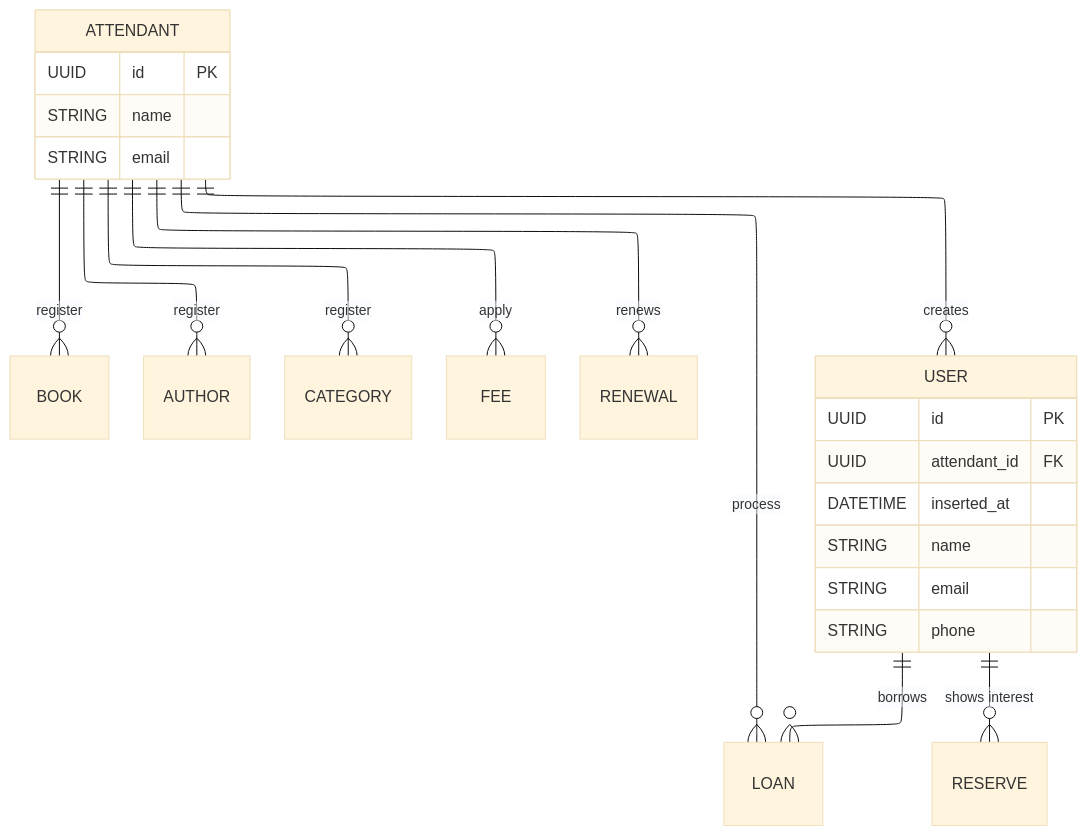
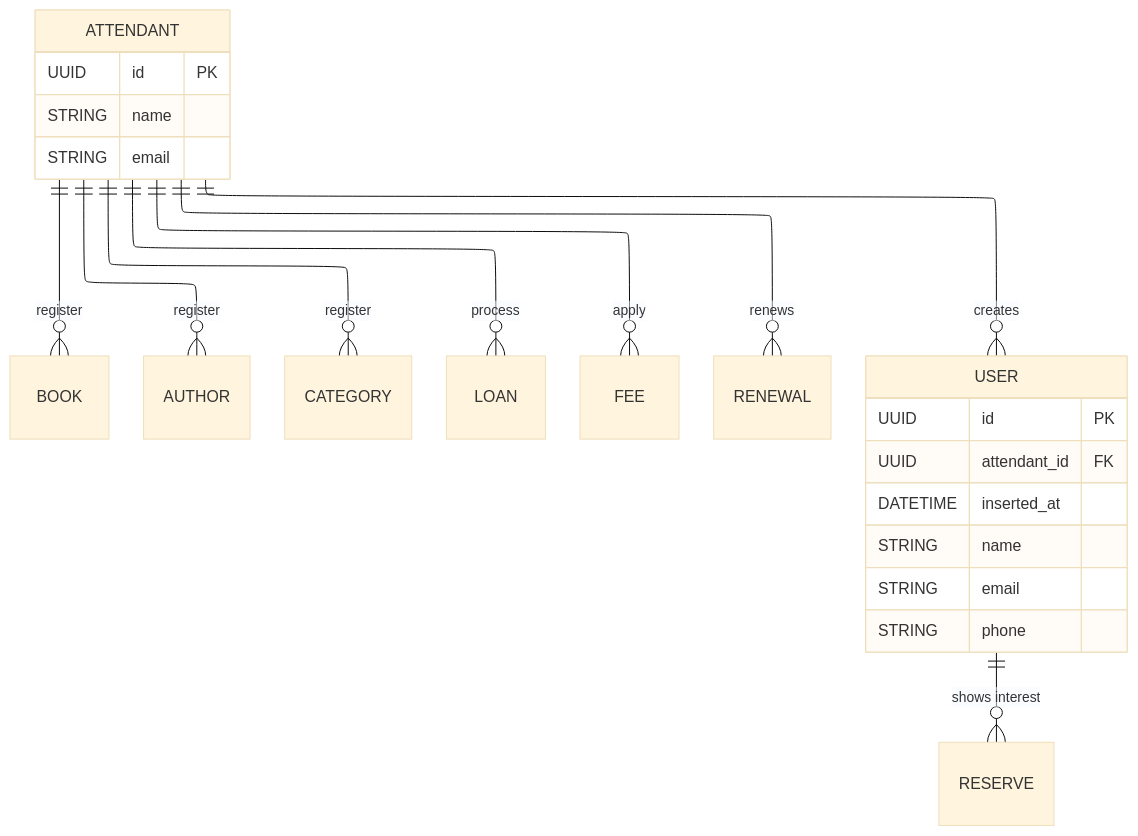
One commit to ali1ariel/alashandria changed the third of 3 diagrams in docs/architecture.md. Above: the diagram before and after it, drawn with Mermaid (base theme).

Commit message:
Update architecture.md
remove borrow permission from user

````diff
--- a/docs/architecture.md
+++ b/docs/architecture.md
@@ -115,32 +115,31 @@
 ```mermaid
 ---
 config:
   layout: elk
 ---
 erDiagram
     ATTENDANT ||--o{ BOOK : register
     ATTENDANT ||--o{ AUTHOR : register
     ATTENDANT ||--o{ CATEGORY : register
     ATTENDANT ||--o{ LOAN : process
     ATTENDANT ||--o{ FEE : apply
     ATTENDANT ||--o{ RENEWAL : renews
     ATTENDANT ||--o{ USER : creates
-    USER ||--o{ LOAN : borrows
     USER ||--o{ RESERVE : "shows interest"
 
     USER {
         UUID id PK
         UUID attendant_id FK
         DATETIME inserted_at
         STRING name
         STRING email
         STRING phone
     }
 
     ATTENDANT {
         UUID id PK
         STRING name
         STRING email
     }
 
 ```
````
